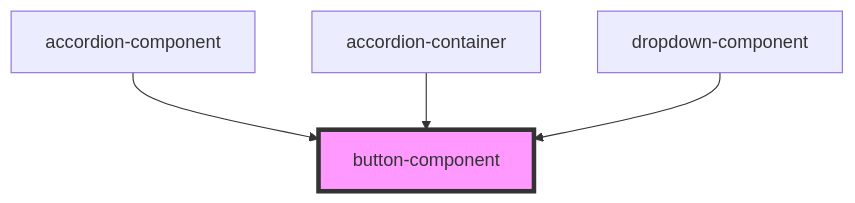
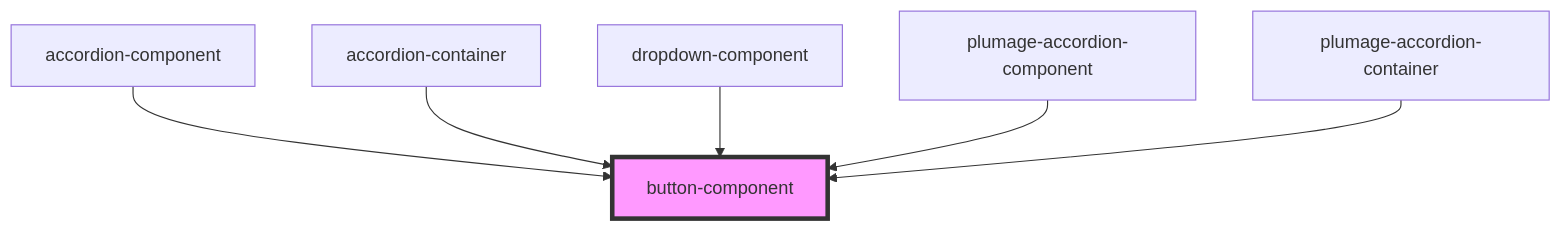
Before and after one commit to mdversion01/stencil-component-library: the diagram in src/components/button/readme.md, drawn with Mermaid. The commit also changed other lines of this file and 180 other files, not shown here.

````diff
--- a/src/components/button/readme.md
+++ b/src/components/button/readme.md
@@ -81,7 +83,9 @@
 ```mermaid
 graph TD;
   accordion-component --> button-component
   accordion-container --> button-component
   dropdown-component --> button-component
+  plumage-accordion-component --> button-component
+  plumage-accordion-container --> button-component
   style button-component fill:#f9f,stroke:#333,stroke-width:4px
 ```
````
